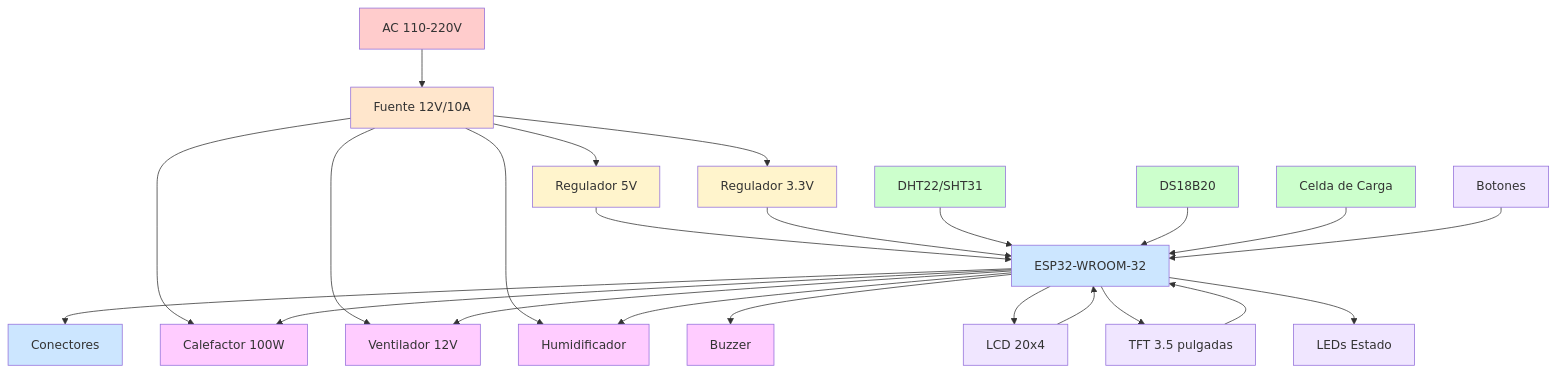
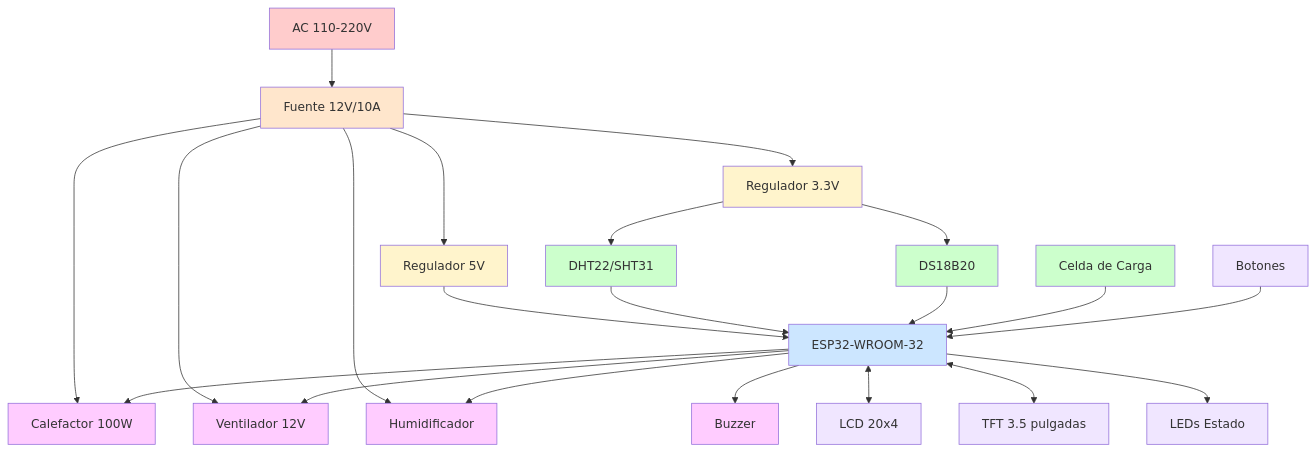
One commit to medicalopenworld/IncuNest-Docs changed the diagram in docs/versioned_docs/version-14.12/hardware/overview.md. Above: the diagram before and after it, drawn with Mermaid. The commit also changed 1 other file, not shown here.

Commit message:
Clean up diagram: use bidirectional arrows and connect VREG3 to sensors

````diff
--- a/docs/versioned_docs/version-14.12/hardware/overview.md
+++ b/docs/versioned_docs/version-14.12/hardware/overview.md
@@ -23,48 +23,45 @@
 ```mermaid
 graph TB
     AC[AC 110-220V] --> PSU[Fuente 12V/10A]
     PSU --> VREG5[Regulador 5V]
     PSU --> VREG3[Regulador 3.3V]
     
     VREG5 --> ESP32[ESP32-WROOM-32]
-    VREG3 --> ESP32
-    ESP32 --> CONN[Conectores]
+    VREG3 --> TEMP1
+    VREG3 --> TEMP2
     
     PSU --> HEATER[Calefactor 100W]
     PSU --> FAN[Ventilador 12V]
     PSU --> HUMID[Humidificador]
     
     TEMP1[DHT22/SHT31] --> ESP32
     TEMP2[DS18B20] --> ESP32
     WEIGHT[Celda de Carga] --> ESP32
     
     ESP32 --> HEATER
     ESP32 --> FAN
     ESP32 --> HUMID
     ESP32 --> BUZ[Buzzer]
     
-    ESP32 --> LCD[LCD 20x4]
-    LCD --> ESP32
-    ESP32 --> TFT[TFT 3.5 pulgadas]
-    TFT --> ESP32
+    ESP32 <--> LCD[LCD 20x4]
+    ESP32 <--> TFT[TFT 3.5 pulgadas]
     ESP32 --> LED[LEDs Estado]
     BTN[Botones] --> ESP32
     
     style AC fill:#ffcccc
     style PSU fill:#ffe6cc
     style VREG5 fill:#fff4cc
     style VREG3 fill:#fff4cc
     style ESP32 fill:#cce6ff
-    style CONN fill:#cce6ff
     style HEATER fill:#ffccff
     style FAN fill:#ffccff
     style HUMID fill:#ffccff
     style BUZ fill:#ffccff
     style TEMP1 fill:#ccffcc
     style TEMP2 fill:#ccffcc
     style WEIGHT fill:#ccffcc
     style LCD fill:#f0e6ff
     style TFT fill:#f0e6ff
     style LED fill:#f0e6ff
     style BTN fill:#f0e6ff
 ```
````
